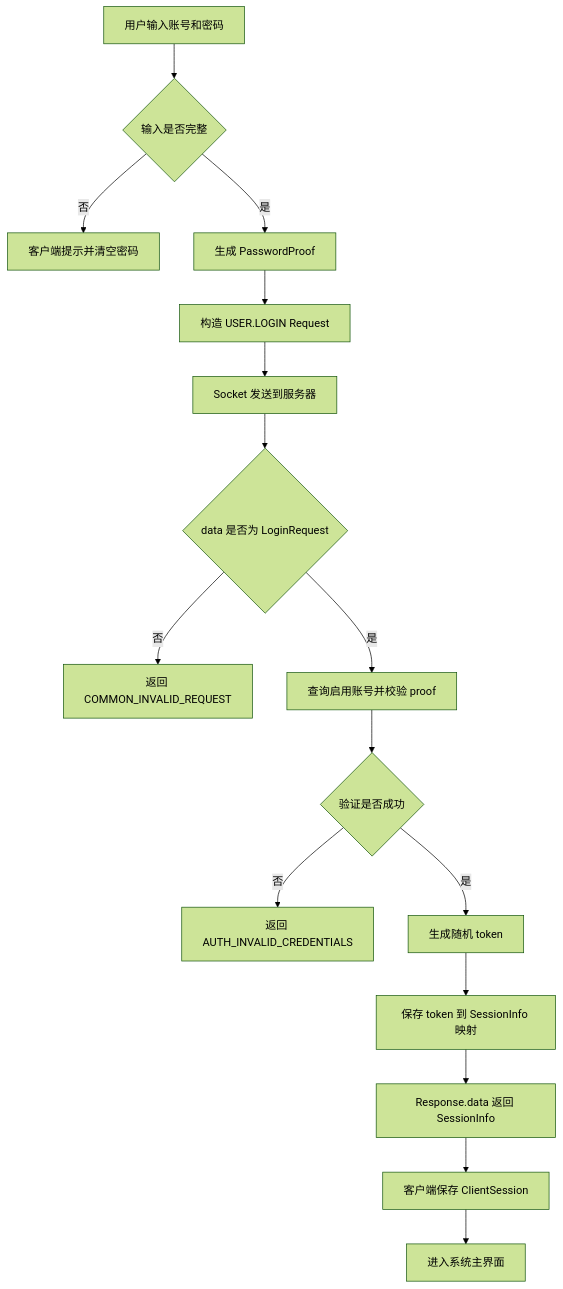
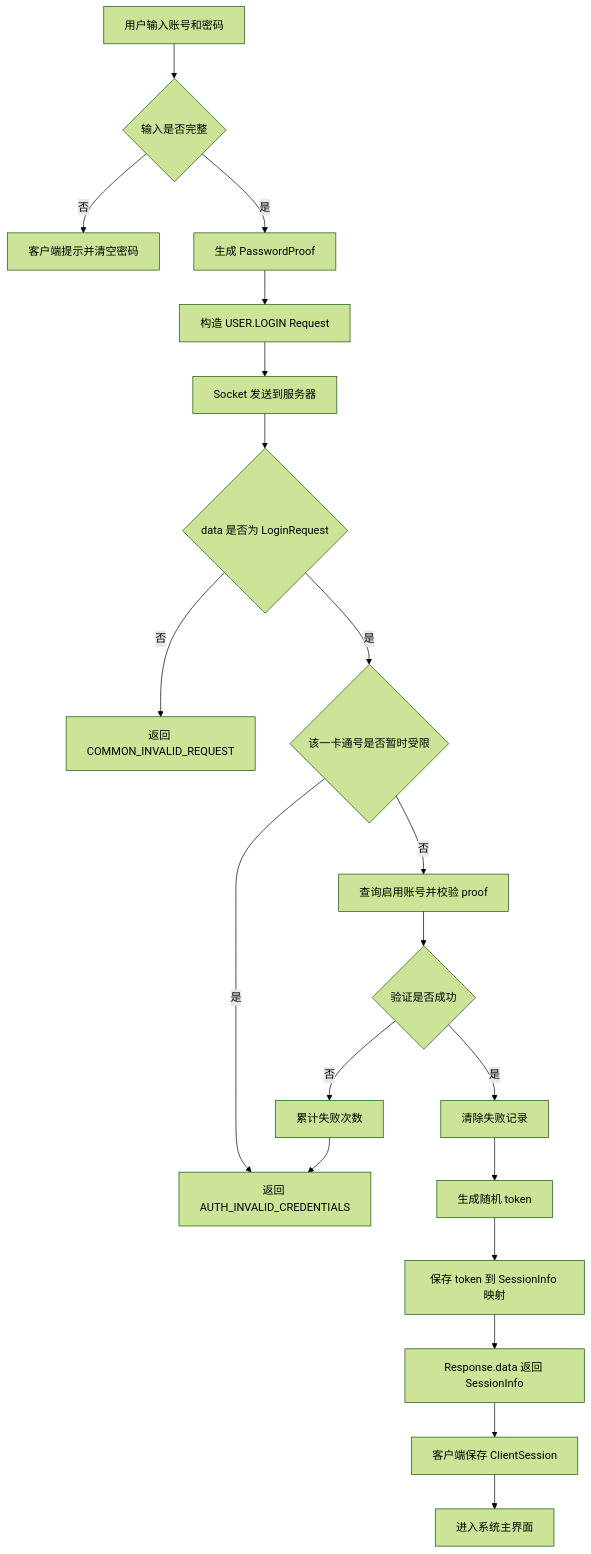
Before and after one commit to qlaxyy/JAVA-Campus-software: the second of 6 diagrams in docs/design/SOFTWARE_DESIGN_SPECIFICATION.md, drawn with Mermaid (forest theme). The commit also changed other lines of this file and 5 other files, not shown here.

````diff
--- a/docs/design/SOFTWARE_DESIGN_SPECIFICATION.md
+++ b/docs/design/SOFTWARE_DESIGN_SPECIFICATION.md
@@ -274,18 +274,20 @@
 ```mermaid
 flowchart TD
     A[用户输入账号和密码] --> B{输入是否完整}
     B -- 否 --> C[客户端提示并清空密码]
     B -- 是 --> D[生成 PasswordProof]
     D --> E[构造 USER.LOGIN Request]
     E --> F[Socket 发送到服务器]
     F --> G{data 是否为 LoginRequest}
     G -- 否 --> H[返回 COMMON_INVALID_REQUEST]
-    G -- 是 --> I[查询启用账号并校验 proof]
-    I --> J{验证是否成功}
-    J -- 否 --> K[返回 AUTH_INVALID_CREDENTIALS]
-    J -- 是 --> L[生成随机 token]
+    G -- 是 --> I{该一卡通号是否暂时受限}
+    I -- 是 --> K[返回 AUTH_INVALID_CREDENTIALS]
+    I -- 否 --> J[查询启用账号并校验 proof]
+    J --> Q{验证是否成功}
+    Q -- 否 --> R[累计失败次数] --> K
+    Q -- 是 --> S[清除失败记录] --> L[生成随机 token]
     L --> M[保存 token 到 SessionInfo 映射]
     M --> N[Response.data 返回 SessionInfo]
     N --> O[客户端保存 ClientSession]
     O --> P[进入系统主界面]
 ```
````
